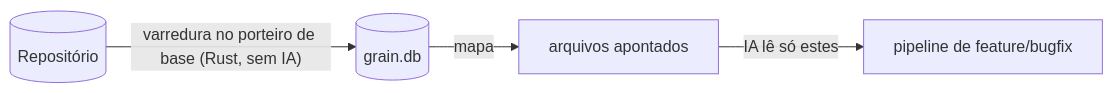
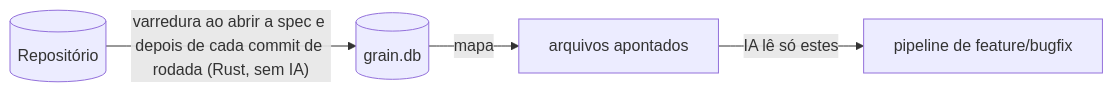
One commit to rubensrpj/mustard changed the first of 2 diagrams in README.md. Above: the diagram before and after it, drawn with Mermaid. The commit also changed other lines of this file and 9 other files, not shown here.

````diff
--- a/README.md
+++ b/README.md
@@ -17,6 +17,6 @@
 ```mermaid
 flowchart LR
-    repo[("Repositório")] -->|"varredura no porteiro de base (Rust, sem IA)"| model[("grain.db")]
+    repo[("Repositório")] -->|"varredura ao abrir a spec e depois de cada commit de rodada (Rust, sem IA)"| model[("grain.db")]
     model -->|mapa| anchors["arquivos apontados"]
     anchors -->|"IA lê só estes"| work["pipeline de feature/bugfix"]
 ```
````
